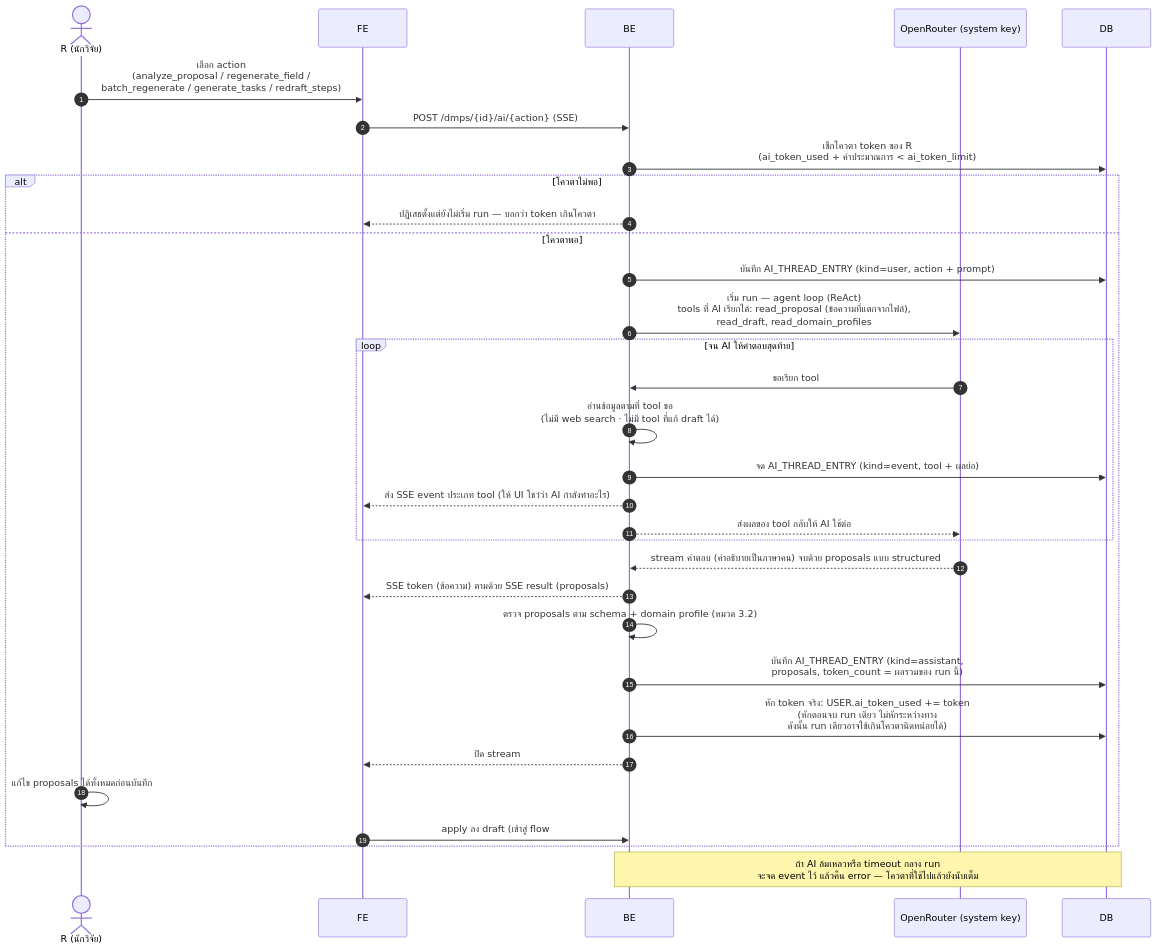
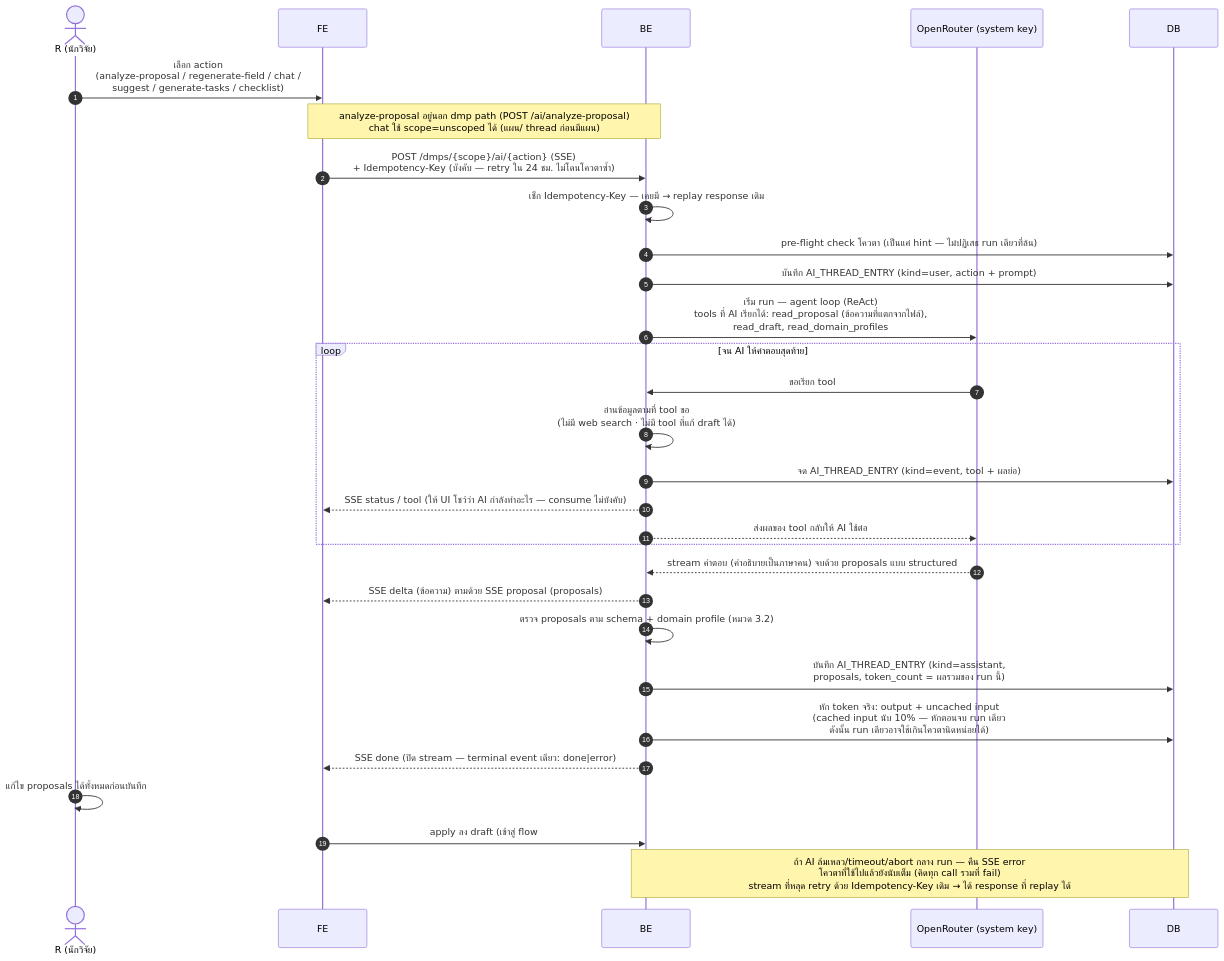
One commit to Open-Science-and-Data-management/Backend changed the third of 18 diagrams in docs/architecture/sequence-diagrams.md. Above: the diagram before and after it, drawn with Mermaid. The commit also changed other lines of this file and 26 other files, not shown here.

````diff
--- a/docs/architecture/sequence-diagrams.md
+++ b/docs/architecture/sequence-diagrams.md
@@ -143,35 +151,33 @@
 ```mermaid
 sequenceDiagram
     autonumber
     actor R as R (นักวิจัย)
     participant FE as FE
     participant BE as BE
     participant AI as OpenRouter (system key)
     participant DB as DB
 
-    R->>FE: เลือก action<br/>(analyze_proposal / regenerate_field /<br/>batch_regenerate / generate_tasks / redraft_steps)
-    FE->>BE: POST /dmps/{id}/ai/{action} (SSE)
-    BE->>DB: เช็กโควตา token ของ R<br/>(ai_token_used + ค่าประมาณการ < ai_token_limit)
-    alt โควตาไม่พอ
-        BE-->>FE: ปฏิเสธตั้งแต่ยังไม่เริ่ม run — บอกว่า token เกินโควตา
-    else โควตาพอ
-        BE->>DB: บันทึก AI_THREAD_ENTRY (kind=user, action + prompt)
-        BE->>AI: เริ่ม run — agent loop (ReAct)<br/>tools ที่ AI เรียกได้: read_proposal (ข้อความที่แตกจากไฟล์),<br/>read_draft, read_domain_profiles
-        loop จน AI ให้คำตอบสุดท้าย
-            AI->>BE: ขอเรียก tool
-            BE->>BE: อ่านข้อมูลตามที่ tool ขอ<br/>(ไม่มี web search · ไม่มี tool ที่แก้ draft ได้)
-            BE->>DB: จด AI_THREAD_ENTRY (kind=event, tool + ผลย่อ)
-            BE-->>FE: ส่ง SSE event ประเภท tool (ให้ UI โชว์ว่า AI กำลังทำอะไร)
-            BE-->>AI: ส่งผลของ tool กลับให้ AI ใช้ต่อ
-        end
-        AI-->>BE: stream คำตอบ (คำอธิบายเป็นภาษาคน) จบด้วย proposals แบบ structured
-        BE-->>FE: SSE token (ข้อความ) ตามด้วย SSE result (proposals)
-        BE->>BE: ตรวจ proposals ตาม schema + domain profile (หมวด 3.2)
-        BE->>DB: บันทึก AI_THREAD_ENTRY (kind=assistant,<br/>proposals, token_count = ผลรวมของ run นี้)
-        BE->>DB: หัก token จริง: USER.ai_token_used += token<br/>(หักตอนจบ run เดียว ไม่หักระหว่างทาง<br/>ดังนั้น run เดียวอาจใช้เกินโควตานิดหน่อยได้)
-        BE-->>FE: ปิด stream
-        R->>R: แก้ไข proposals ได้ทั้งหมดก่อนบันทึก
-        FE->>BE: apply ลง draft (เข้าสู่ flow #4)
+    R->>FE: เลือก action<br/>(analyze-proposal / regenerate-field / chat /<br/>suggest / generate-tasks / checklist)
+    Note over FE,BE: analyze-proposal อยู่นอก dmp path (POST /ai/analyze-proposal)<br/>chat ใช้ scope=unscoped ได้ (แผน/ thread ก่อนมีแผน)
+    FE->>BE: POST /dmps/{scope}/ai/{action} (SSE)<br/>+ Idempotency-Key (บังคับ — retry ใน 24 ชม. ไม่โดนโควตาซ้ำ)
+    BE->>BE: เช็ก Idempotency-Key — เคยมี → replay response เดิม
+    BE->>DB: pre-flight check โควตา (เป็นแค่ hint — ไม่ปฏิเสธ run เดียวที่ล้น)
+    BE->>DB: บันทึก AI_THREAD_ENTRY (kind=user, action + prompt)
+    BE->>AI: เริ่ม run — agent loop (ReAct)<br/>tools ที่ AI เรียกได้: read_proposal (ข้อความที่แตกจากไฟล์),<br/>read_draft, read_domain_profiles
+    loop จน AI ให้คำตอบสุดท้าย
+        AI->>BE: ขอเรียก tool
+        BE->>BE: อ่านข้อมูลตามที่ tool ขอ<br/>(ไม่มี web search · ไม่มี tool ที่แก้ draft ได้)
+        BE->>DB: จด AI_THREAD_ENTRY (kind=event, tool + ผลย่อ)
+        BE-->>FE: SSE status / tool (ให้ UI โชว์ว่า AI กำลังทำอะไร — consume ไม่บังคับ)
+        BE-->>AI: ส่งผลของ tool กลับให้ AI ใช้ต่อ
     end
-    Note over BE,DB: ถ้า AI ล้มเหลวหรือ timeout กลาง run<br/>จะจด event ไว้ แล้วคืน error — โควตาที่ใช้ไปแล้วยังนับเต็ม
+    AI-->>BE: stream คำตอบ (คำอธิบายเป็นภาษาคน) จบด้วย proposals แบบ structured
+    BE-->>FE: SSE delta (ข้อความ) ตามด้วย SSE proposal (proposals)
+    BE->>BE: ตรวจ proposals ตาม schema + domain profile (หมวด 3.2)
+    BE->>DB: บันทึก AI_THREAD_ENTRY (kind=assistant,<br/>proposals, token_count = ผลรวมของ run นี้)
+    BE->>DB: หัก token จริง: output + uncached input<br/>(cached input นับ 10% — หักตอนจบ run เดียว<br/>ดังนั้น run เดียวอาจใช้เกินโควตานิดหน่อยได้)
+    BE-->>FE: SSE done (ปิด stream — terminal event เดียว: done|error)
+    R->>R: แก้ไข proposals ได้ทั้งหมดก่อนบันทึก
+    FE->>BE: apply ลง draft (เข้าสู่ flow #4)
+    Note over BE,DB: ถ้า AI ล้มเหลว/timeout/abort กลาง run — คืน SSE error<br/>โควตาที่ใช้ไปแล้วยังนับเต็ม (คิดทุก call รวมที่ fail)<br/>stream ที่หลุด retry ด้วย Idempotency-Key เดิม → ได้ response ที่ replay ได้
 ```
````
